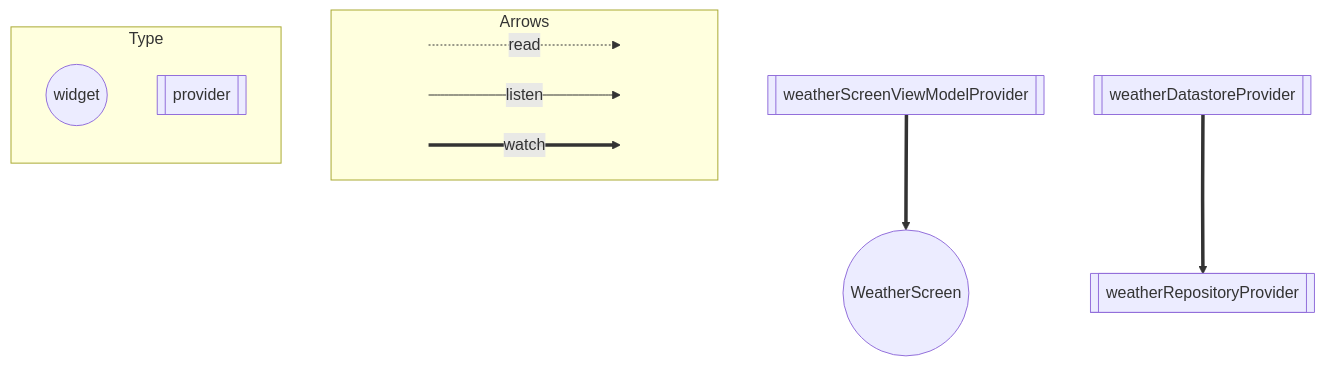
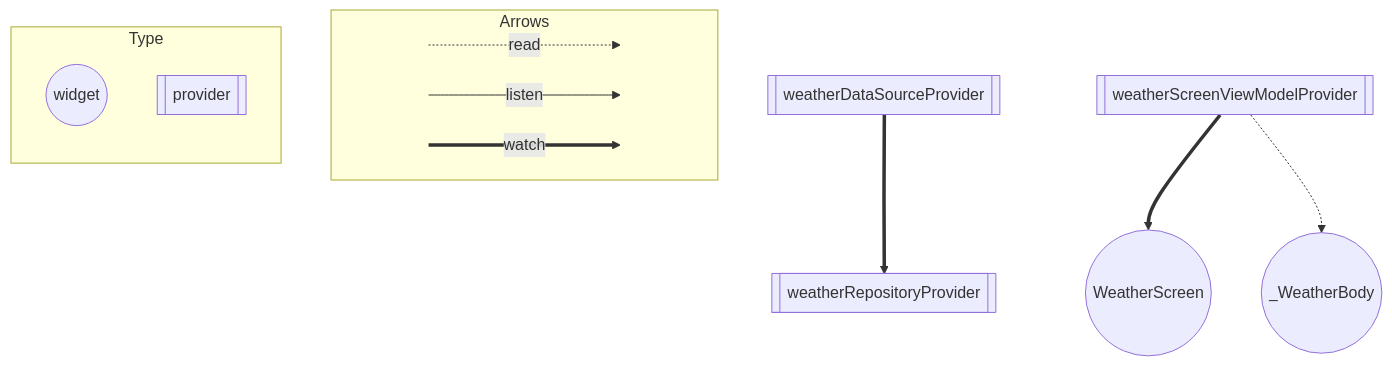
Before and after one commit to iseruuuuu/flutter_yumemi_training_app: the second of 2 diagrams in ARCHITECTURE.md, drawn with Mermaid. The commit also changed other lines of this file, not shown here.

Commit message:
fix: ARCHITECTURE.mdの記載を修正してみました

````diff
--- a/ARCHITECTURE.md
+++ b/ARCHITECTURE.md
@@ -53,29 +54,31 @@
 ```mermaid
 flowchart TB
   subgraph Arrows
     direction LR
     start1[ ] -..->|read| stop1[ ]
     style start1 height:0px;
     style stop1 height:0px;
     start2[ ] --->|listen| stop2[ ]
     style start2 height:0px;
     style stop2 height:0px;
     start3[ ] ===>|watch| stop3[ ]
     style start3 height:0px;
     style stop3 height:0px;
   end
   subgraph Type
     direction TB
     ConsumerWidget((widget));
     Provider[[provider]];
   end
 
+  weatherRepositoryProvider[["weatherRepositoryProvider"]];
+  weatherDataSourceProvider[["weatherDataSourceProvider"]];
   weatherScreenViewModelProvider[["weatherScreenViewModelProvider"]];
-  weatherRepositoryProvider[["weatherRepositoryProvider"]];
-  weatherDatastoreProvider[["weatherDatastoreProvider"]];
   WeatherScreen((WeatherScreen));
+  _WeatherBody((_WeatherBody));
 
   weatherScreenViewModelProvider ==> WeatherScreen;
-  weatherDatastoreProvider ==> weatherRepositoryProvider;
+  weatherScreenViewModelProvider -.-> _WeatherBody;
+  weatherDataSourceProvider ==> weatherRepositoryProvider;
 
 ```
````
